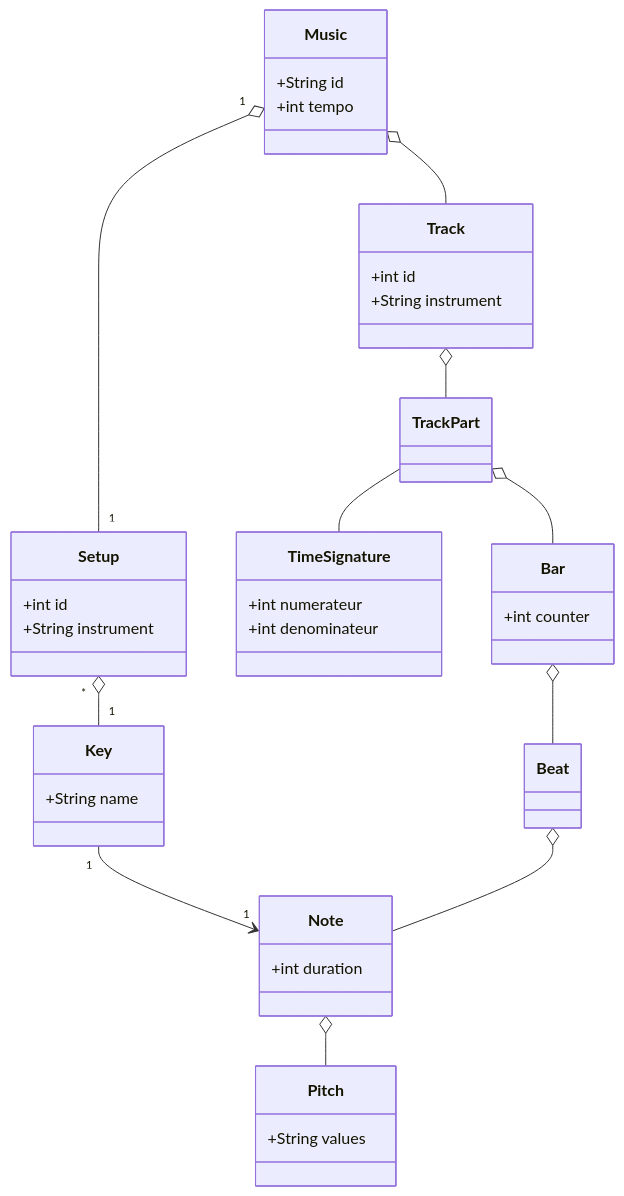
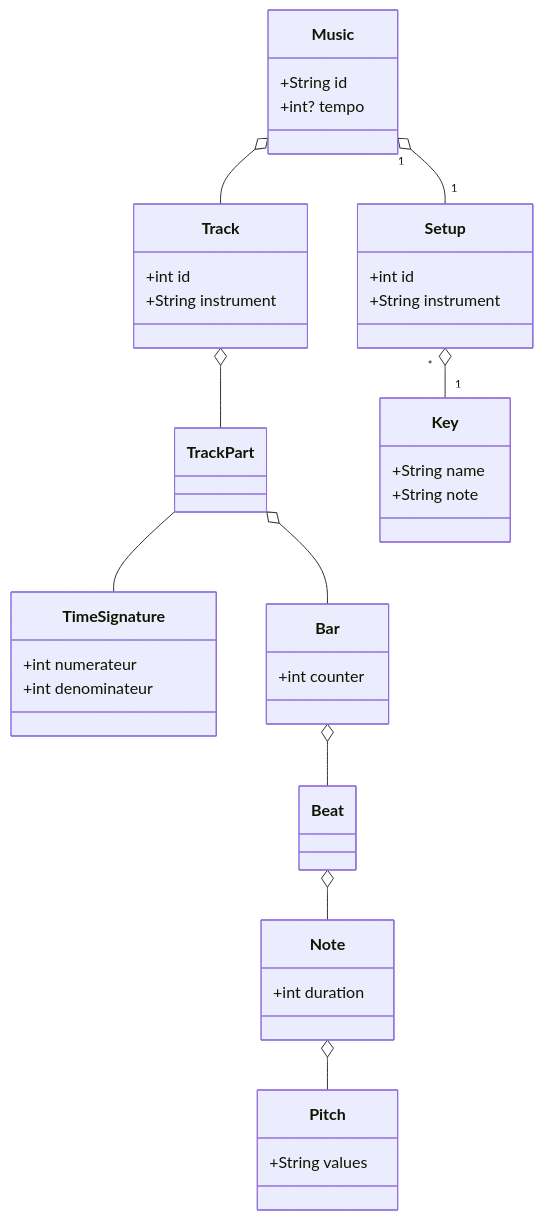
One commit to Jules-Prince/musicae changed the diagram in README.md. Above: the diagram before and after it, drawn with Mermaid. The commit also changed 4 other files, not shown here.

````diff
--- a/README.md
+++ b/README.md
@@ -21,58 +21,58 @@
 ```mermaid
 
 classDiagram
     Music o-- Track
     Music "1" o-- "1" Setup
     Track o-- TrackPart
     Setup "*" o-- "1" Key
-    Key "1" --> "1" Note
     TrackPart -- TimeSignature
     TrackPart o-- Bar
     Note o-- Pitch
     Bar o-- Beat
     Beat o-- Note
 
     class Music{
       +String id
-      +int tempo
+      +int? tempo
     }
 
     class Track{
       +int id
       +String instrument
     }
 
     class TrackPart{
     }
     
     class Bar{
         +int counter
 
     }
     
     class TimeSignature{
         +int numerateur
         +int denominateur
     }
 
     class Beat{
 
     }
 
     class Note{
         +int duration
     }
 
     class Pitch{
         +String values
     }
 
     class Setup {
       +int id
       +String instrument
     }
 
     class Key {
         +String name
+        +String note
     }
 ```
````
